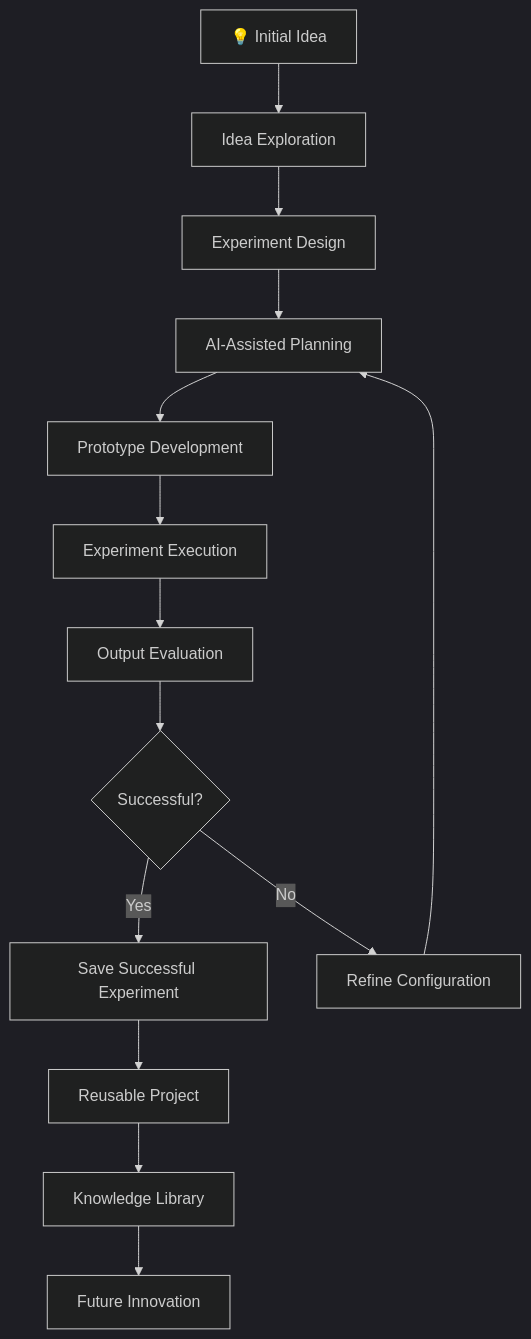
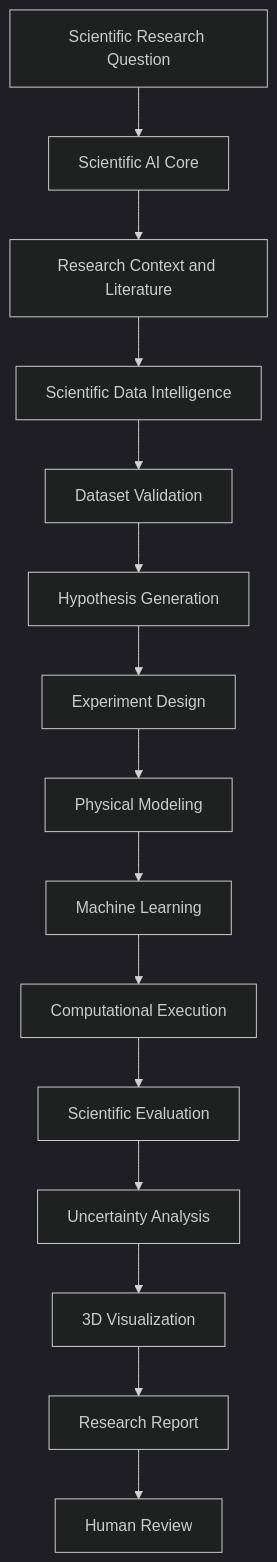
One commit to lucylow/woohoo-wonder-labs changed the first of 13 diagrams in README.md. Above: the diagram before and after it, drawn with Mermaid (dark theme). The commit also changed other lines of this file, not shown here.

````diff
--- a/README.md
+++ b/README.md
@@ -84,16 +173,17 @@
 ```mermaid
 flowchart TD
-    A["💡 Initial Idea"] --> B["Idea Exploration"]
-    B --> C["Experiment Design"]
-    C --> D["AI-Assisted Planning"]
-    D --> E["Prototype Development"]
-    E --> F["Experiment Execution"]
-    F --> G["Output Evaluation"]
-    G --> H{"Successful?"}
-    H -->|Yes| I["Save Successful Experiment"]
-    H -->|No| J["Refine Configuration"]
-    J --> D
-    I --> K["Reusable Project"]
-    K --> L["Knowledge Library"]
-    L --> M["Future Innovation"]
+    A[Scientific Research Question] --> B[Scientific AI Core]
+    B --> C[Research Context and Literature]
+    C --> D[Scientific Data Intelligence]
+    D --> E[Dataset Validation]
+    E --> F[Hypothesis Generation]
+    F --> G[Experiment Design]
+    G --> H[Physical Modeling]
+    H --> I[Machine Learning]
+    I --> J[Computational Execution]
+    J --> K[Scientific Evaluation]
+    K --> L[Uncertainty Analysis]
+    L --> M[3D Visualization]
+    M --> N[Research Report]
+    N --> O[Human Review]
 ```
````
